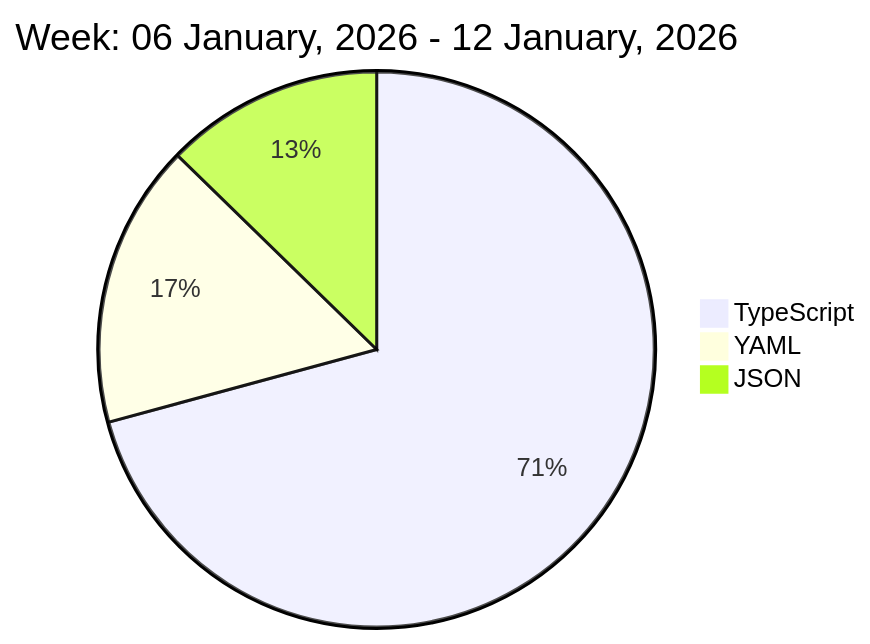
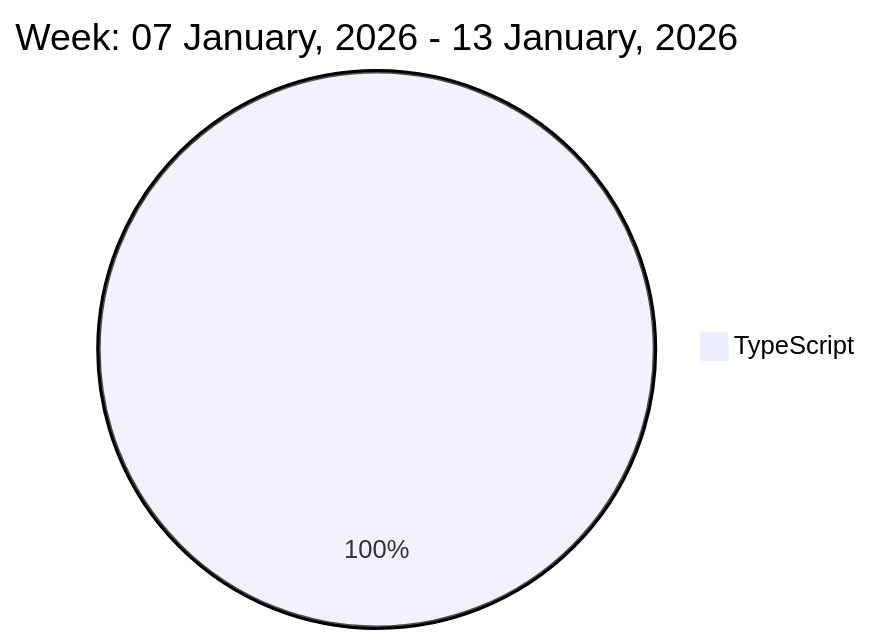
One commit to liubin95/liubin95 changed the diagram in README.md. Above: the diagram before and after it, drawn with Mermaid.

Commit message:
Updated the Graph with new Metrics

````diff
--- a/README.md
+++ b/README.md
@@ -37,7 +37,5 @@
 ```mermaid
  pie
-title Week: 06 January, 2026 - 12 January, 2026
- "TypeScript" : 10.42
- "YAML" : 2.43
- "JSON" : 1.87
+title Week: 07 January, 2026 - 13 January, 2026
+ "TypeScript" : 9.73
 ```
````
